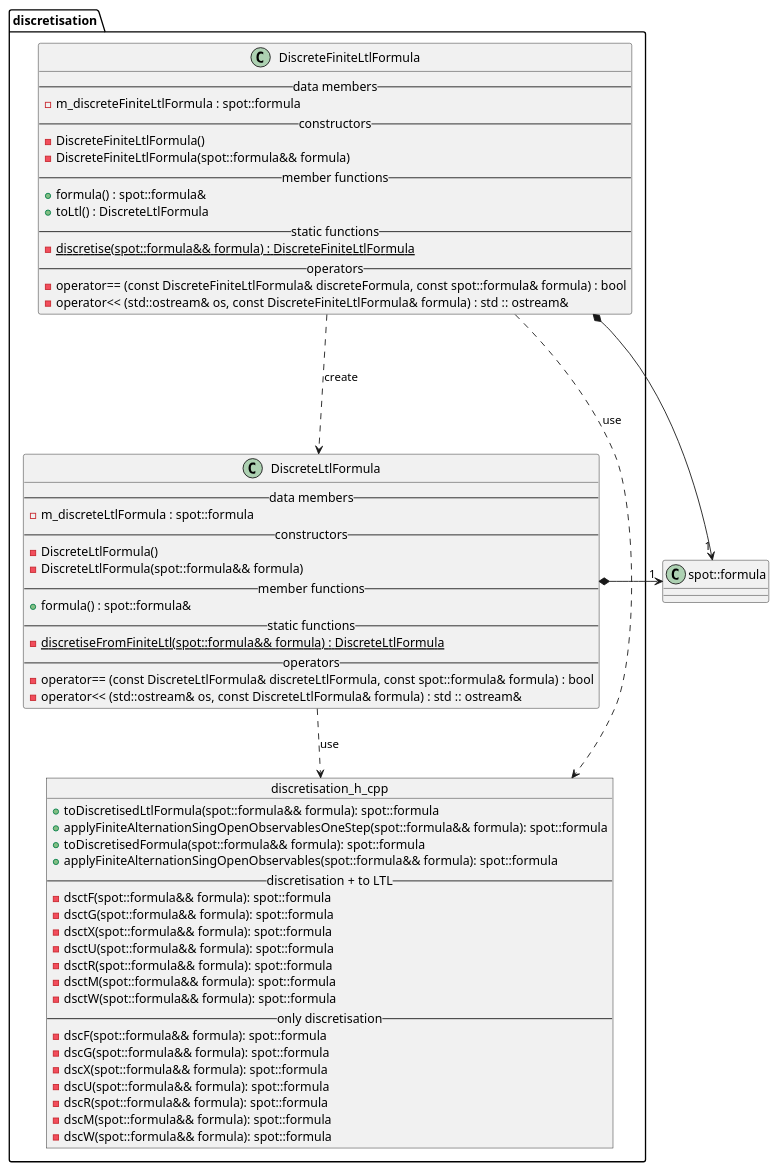
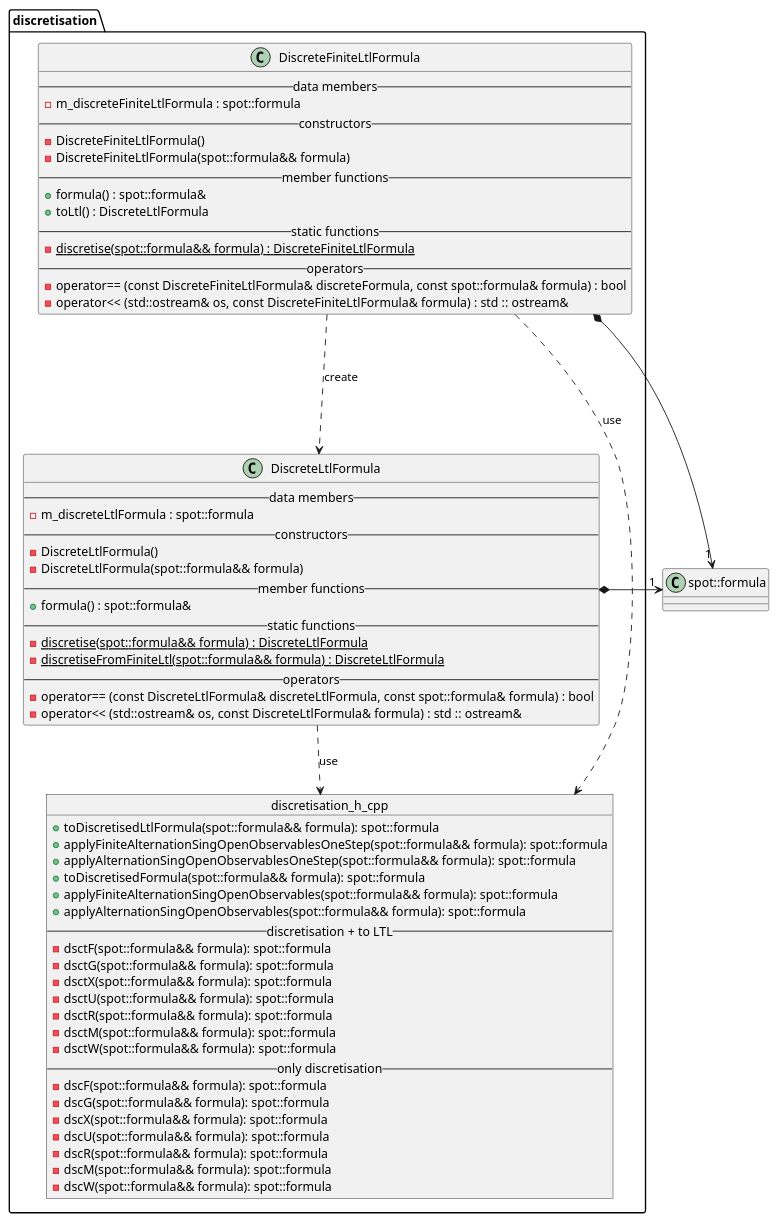
One commit to vtramo/rtl-mc changed the diagram in docs/plantuml/discretisation.puml. Above: the diagram before and after it, drawn with PlantUML. The commit also changed 6 other files, not shown here.

First line of the commit message:
feat(dsc): add discrete ltl formulae for infinite semantics

```diff
--- a/docs/plantuml/discretisation.puml
+++ b/docs/plantuml/discretisation.puml
@@ -1,66 +1,69 @@
 @startuml
 package discretisation {
     class DiscreteFiniteLtlFormula {
         --data members--
         -m_discreteFiniteLtlFormula : spot::formula
         --constructors--
         -DiscreteFiniteLtlFormula()
         -DiscreteFiniteLtlFormula(spot::formula&& formula)
         --member functions--
         +formula() : spot::formula&
         +toLtl() : DiscreteLtlFormula
         --static functions--
         -{static} discretise(spot::formula&& formula) : DiscreteFiniteLtlFormula
         --operators--
         -operator== (const DiscreteFiniteLtlFormula& discreteFormula, const spot::formula& formula) : bool
         -operator<< (std::ostream& os, const DiscreteFiniteLtlFormula& formula) : std :: ostream&
     }
 
     class DiscreteLtlFormula {
         --data members--
         -m_discreteLtlFormula : spot::formula
         --constructors--
         -DiscreteLtlFormula()
         -DiscreteLtlFormula(spot::formula&& formula)
         --member functions--
         +formula() : spot::formula&
         --static functions--
+        -{static} discretise(spot::formula&& formula) : DiscreteLtlFormula
         -{static} discretiseFromFiniteLtl(spot::formula&& formula) : DiscreteLtlFormula
         --operators--
         -operator== (const DiscreteLtlFormula& discreteLtlFormula, const spot::formula& formula) : bool
         -operator<< (std::ostream& os, const DiscreteLtlFormula& formula) : std :: ostream&
     }
 
     object discretisation_h_cpp {
         +toDiscretisedLtlFormula(spot::formula&& formula): spot::formula
         +applyFiniteAlternationSingOpenObservablesOneStep(spot::formula&& formula): spot::formula
+        +applyAlternationSingOpenObservablesOneStep(spot::formula&& formula): spot::formula
         +toDiscretisedFormula(spot::formula&& formula): spot::formula
         +applyFiniteAlternationSingOpenObservables(spot::formula&& formula): spot::formula
+        +applyAlternationSingOpenObservables(spot::formula&& formula): spot::formula
         --discretisation + to LTL--
         -dsctF(spot::formula&& formula): spot::formula
         -dsctG(spot::formula&& formula): spot::formula
         -dsctX(spot::formula&& formula): spot::formula
         -dsctU(spot::formula&& formula): spot::formula
         -dsctR(spot::formula&& formula): spot::formula
         -dsctM(spot::formula&& formula): spot::formula
         -dsctW(spot::formula&& formula): spot::formula
         --only discretisation--
         -dscF(spot::formula&& formula): spot::formula
         -dscG(spot::formula&& formula): spot::formula
         -dscX(spot::formula&& formula): spot::formula
         -dscU(spot::formula&& formula): spot::formula
         -dscR(spot::formula&& formula): spot::formula
         -dscM(spot::formula&& formula): spot::formula
         -dscW(spot::formula&& formula): spot::formula
     }
 }
 
 class spot::formula {}
 
 DiscreteFiniteLtlFormula ...> DiscreteLtlFormula : create
 DiscreteFiniteLtlFormula*-> "1" spot::formula
 DiscreteLtlFormula*-> "1" spot::formula
 DiscreteLtlFormula ..> discretisation_h_cpp : use
 DiscreteFiniteLtlFormula ..> discretisation_h_cpp : use
 
 @enduml
```
